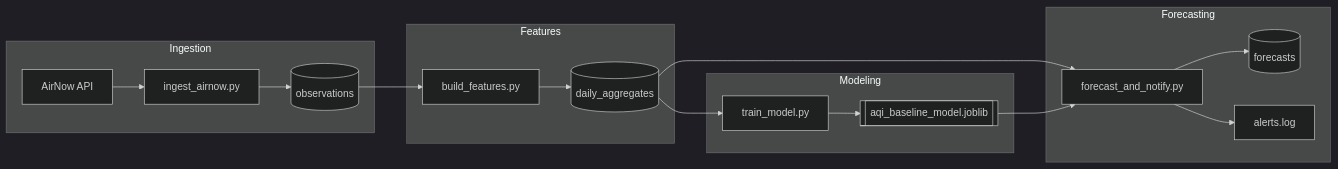
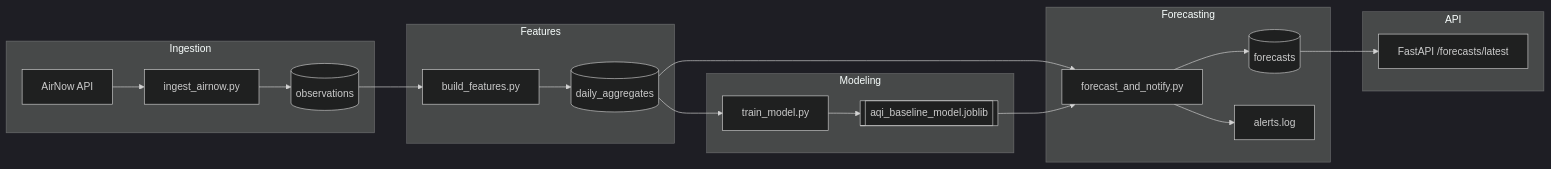
The diagram in README.md (stevenhowley/aqi-forecasting-pipeline), drawn with Mermaid (dark theme) before and after one commit. The commit also changed other lines of this file, not shown here.

````diff
--- a/README.md
+++ b/README.md
@@ -49,24 +64,28 @@
 ```mermaid
 flowchart LR
     subgraph Ingestion
         A[AirNow API] --> B[ingest_airnow.py]
         B --> C[(observations)]
     end
 
     subgraph Features
         C --> D[build_features.py]
         D --> E[(daily_aggregates)]
     end
 
     subgraph Modeling
         E --> F[train_model.py]
         F --> G[[aqi_baseline_model.joblib]]
     end
 
     subgraph Forecasting
         E --> H[forecast_and_notify.py]
         G --> H
         H --> I[(forecasts)]
         H --> J[alerts.log]
     end
+
+    subgraph API
+        I --> K[FastAPI /forecasts/latest]
+    end
 ```
````
